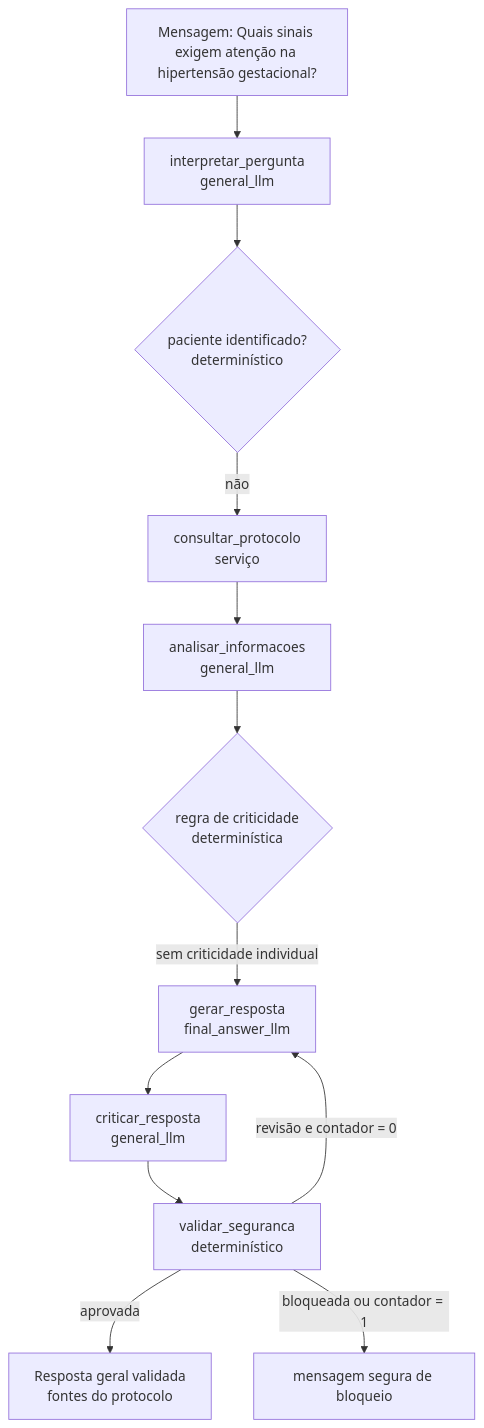
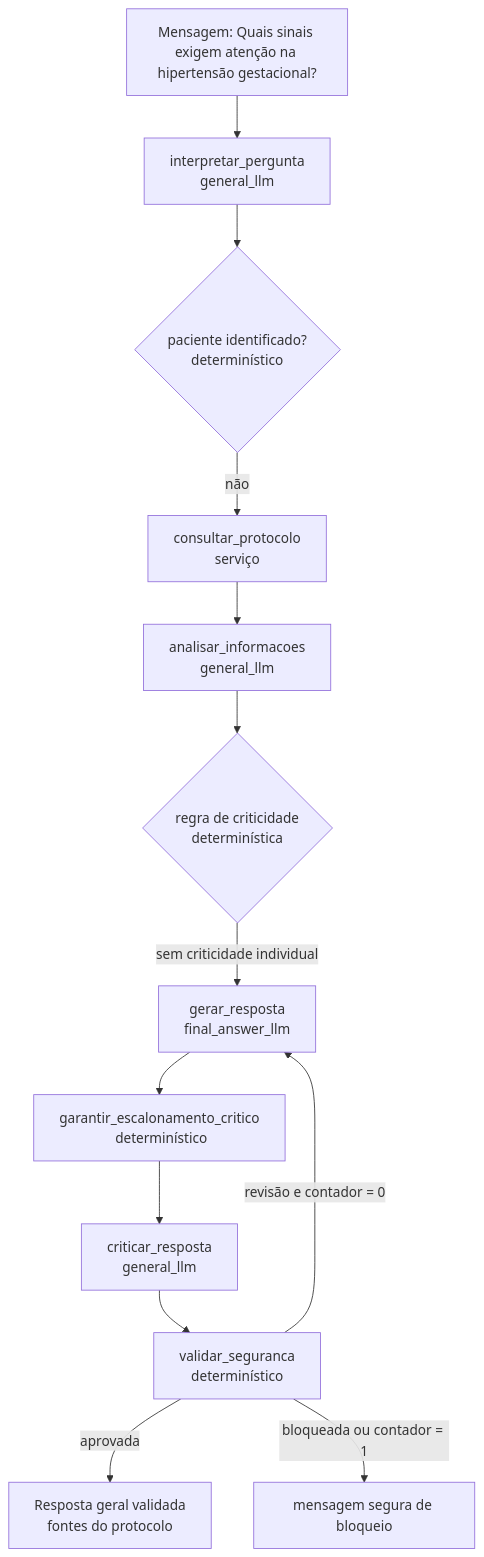
The third of 3 diagrams in docs/design-doc-langgraph.md (AraujoAlan/TechV3), drawn with Mermaid before and after one commit. The commit also changed other lines of this file and 7 other files, not shown here.

Commit message:
feat: implement final answer provider configuration and enhance workflow with critical escalation handling

```diff
--- a/docs/design-doc-langgraph.md
+++ b/docs/design-doc-langgraph.md
@@ -233,18 +238,19 @@
 ~~~mermaid
 flowchart TD
   user[Mensagem: Quais sinais exigem atenção na hipertensão gestacional?]
   interpret[interpretar_pergunta\n general_llm]
   patient{paciente identificado?\n determinístico}
   protocol[consultar_protocolo\n serviço]
   analysis[analisar_informacoes\n general_llm]
   critical{regra de criticidade\n determinística}
   answer[gerar_resposta\n final_answer_llm]
+  escalation[garantir_escalonamento_critico\n determinístico]
   critic[criticar_resposta\n general_llm]
   safety[validar_seguranca\n determinístico]
   final[Resposta geral validada\n fontes do protocolo]
 
   user --> interpret --> patient -->|não| protocol --> analysis --> critical
-  critical -->|sem criticidade individual| answer --> critic --> safety -->|aprovada| final
+  critical -->|sem criticidade individual| answer --> escalation --> critic --> safety -->|aprovada| final
   safety -->|revisão e contador = 0| answer
   safety -->|bloqueada ou contador = 1| blocked[mensagem segura de bloqueio]
 ~~~
```
